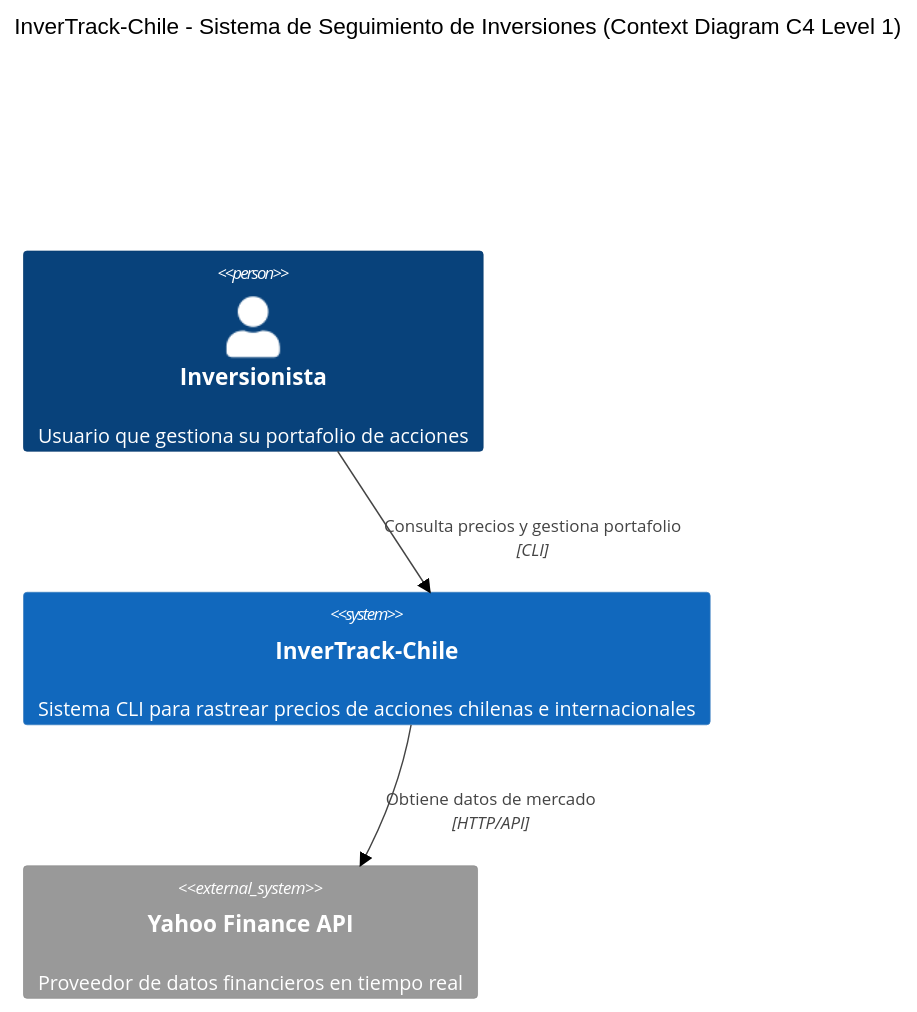
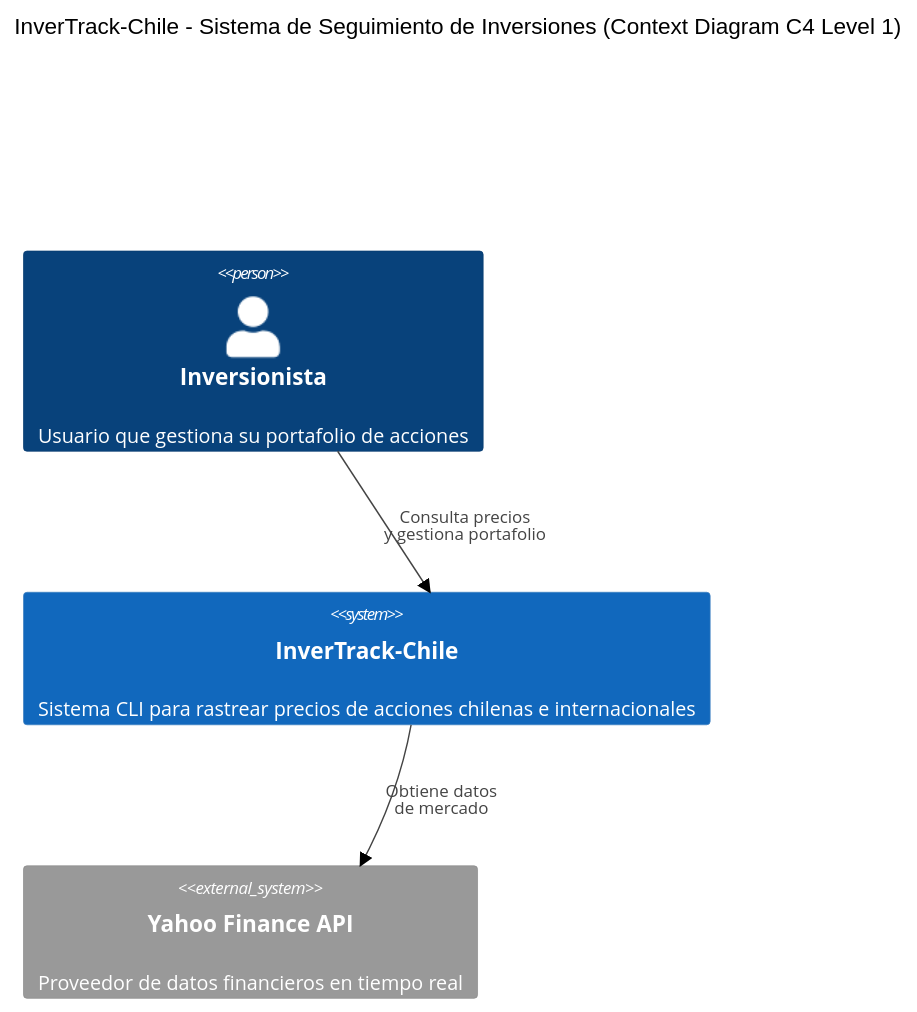
Before and after one commit to DecimoZ/InverTrack-Chile: the diagram in diagrams/context-diagram-c4lvl1.mmd, drawn with Mermaid (neutral theme). The commit also changed 1 other file, not shown here.

```diff
--- a/diagrams/context-diagram-c4lvl1.mmd
+++ b/diagrams/context-diagram-c4lvl1.mmd
@@ -1,11 +1,11 @@
 C4Context
     title InverTrack-Chile - Sistema de Seguimiento de Inversiones (Context Diagram C4 Level 1)
     
     Person(user, "Inversionista", "Usuario que gestiona su portafolio de acciones")
     
     System(invertrack, "InverTrack-Chile", "Sistema CLI para rastrear precios de acciones chilenas e internacionales")
     
     System_Ext(yfinance, "Yahoo Finance API", "Proveedor de datos financieros en tiempo real")
     
-    Rel(user, invertrack, "Consulta precios y gestiona portafolio", "CLI")
-    Rel(invertrack, yfinance, "Obtiene datos de mercado", "HTTP/API")
+    Rel(user, invertrack, "Consulta precios<br/>y gestiona portafolio")
+    Rel(invertrack, yfinance, "Obtiene datos<br/>de mercado")
```
